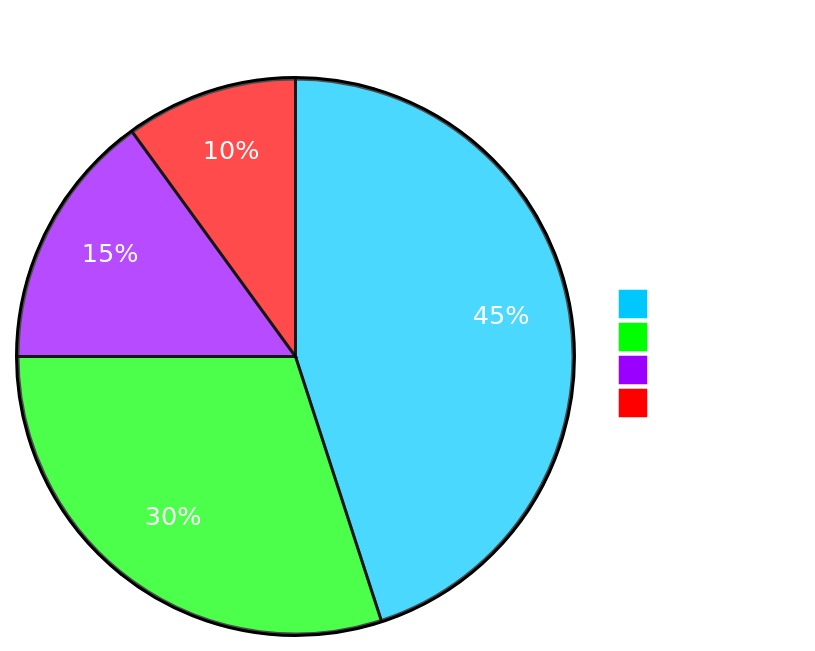
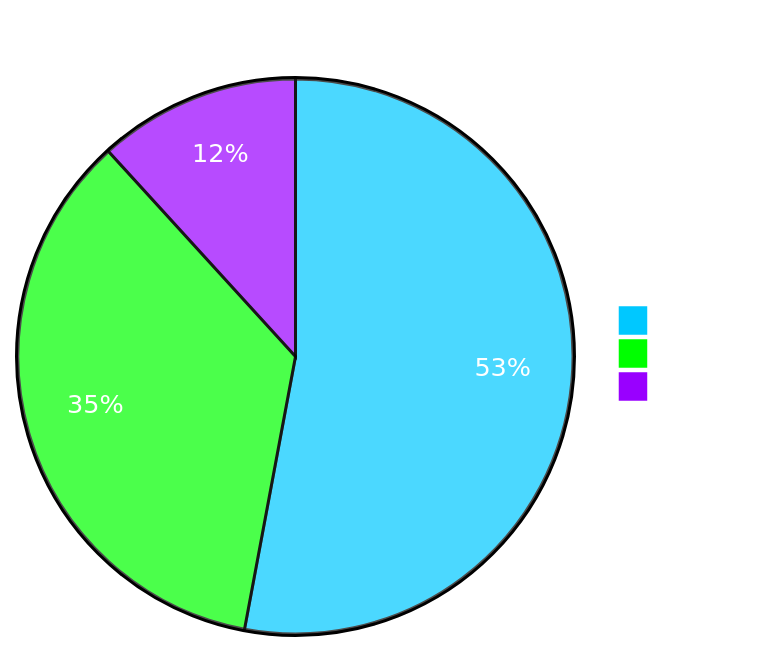
The diagram in README.md (2026-1-NADS4/Projeto1), drawn with Mermaid before and after one commit. The commit also changed other lines of this file, not shown here.

First line of the commit message:
Replace PostgreSQL with Firebase in README

````diff
--- a/README.md
+++ b/README.md
@@ -103,18 +103,17 @@
 ```mermaid
 %%{init: { 'theme': 'base', 'themeVariables': {
     'primaryTextColor': '#FFFFFF',
     'titleColor': '#FFFFFF',
     'pie1': '#00c8ff',
     'pie2': '#00ff00',
     'pie3': '#9900ff',
     'pie4': '#ff0000',
     'pieLegendText': '#FFFFFF',
     'pieTitleTextSize': '30px',
     'pieTitleColor': '#FFFFFF'
 }}}%%
 pie title Tecnologias do Projeto
     "React" : 45
     "Node.js" : 30
-    "PostgreSQL" : 15
     "Outros" : 10
 ```
````
